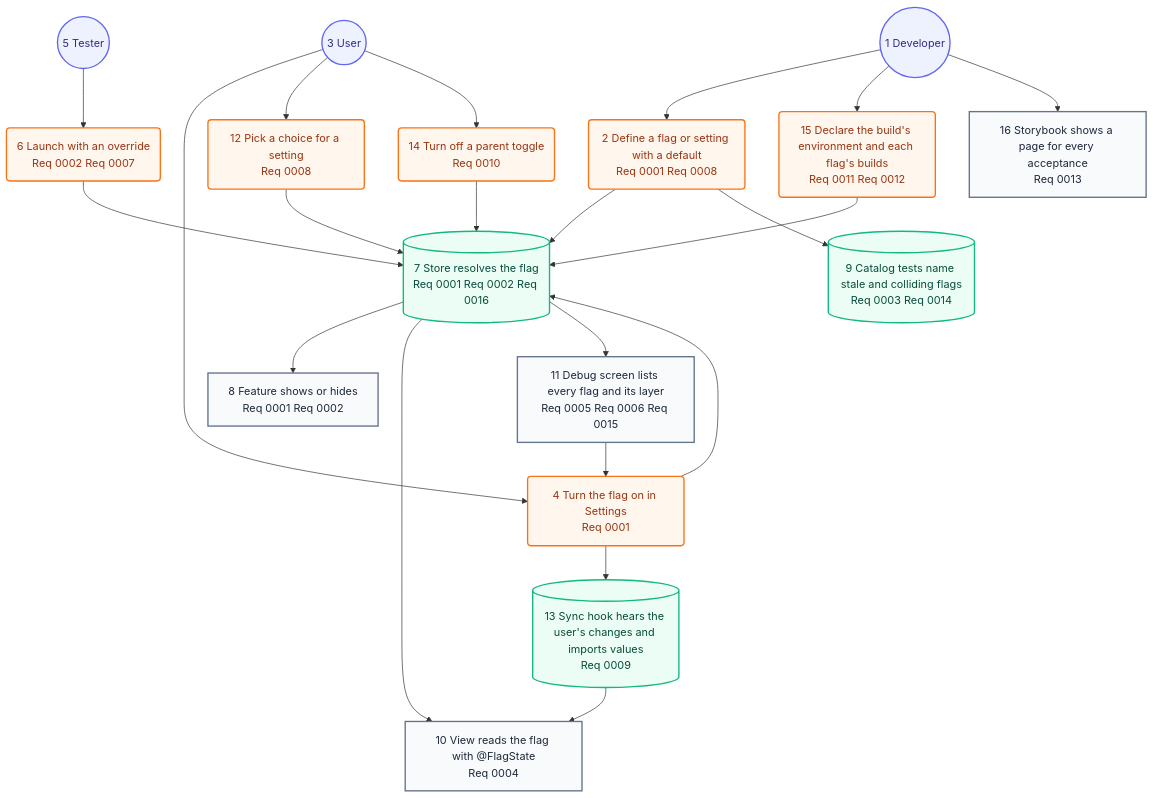
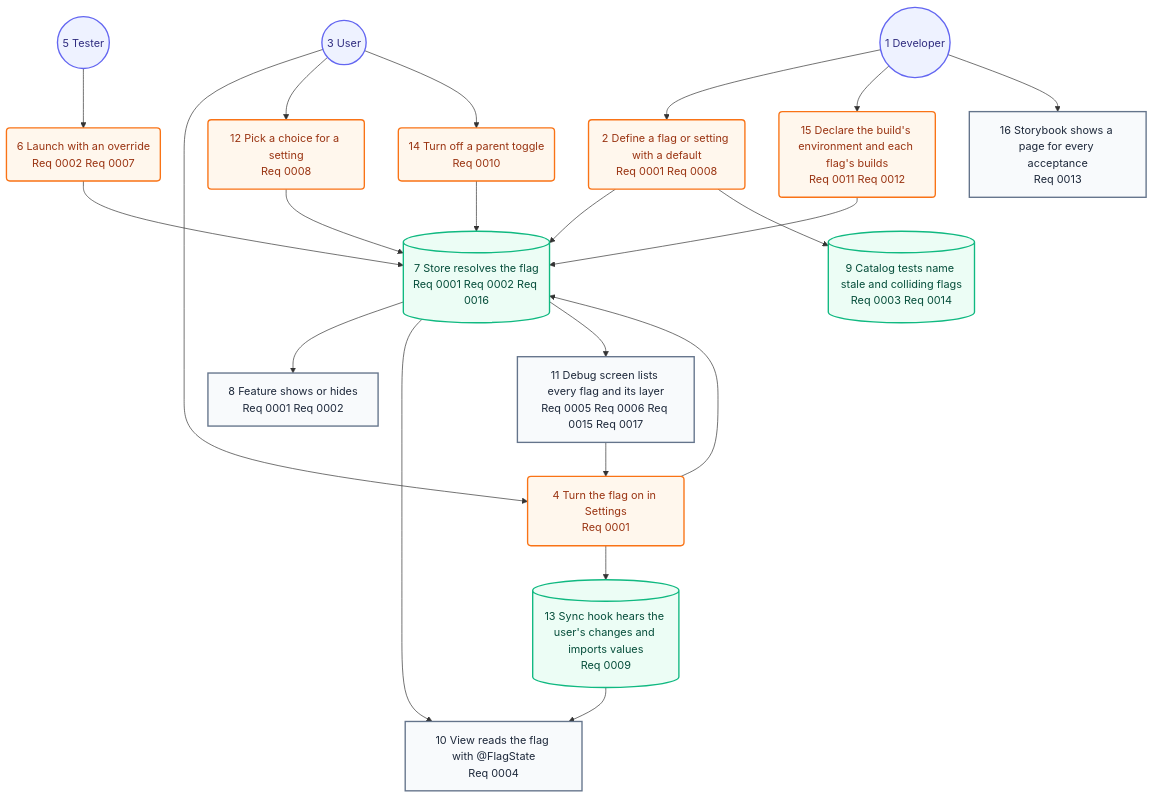
Before and after one commit to may-journal/feature-flag-kit: the second of 2 diagrams in docs/architecture/05-user-journey.md, drawn with Mermaid. The commit also changed other lines of this file and 8 other files, not shown here.

First line of the commit message:
feat(ui): copy the flags as launch arguments from the debug screen

````diff
--- a/docs/architecture/05-user-journey.md
+++ b/docs/architecture/05-user-journey.md
@@ -31,45 +31,45 @@
 ```mermaid
 flowchart TB
     developer((1 Developer)):::persona
     define(2 Define a flag or setting with a default<br/>Req 0001 Req 0008):::action
     user((3 User)):::persona
     toggle(4 Turn the flag on in Settings<br/>Req 0001):::action
     tester((5 Tester)):::persona
     launch(6 Launch with an override<br/>Req 0002 Req 0007):::action
     resolve[(7 Store resolves the flag<br/>Req 0001 Req 0002 Req 0016)]:::system
     feature[8 Feature shows or hides<br/>Req 0001 Req 0002]:::screen
     expiry[(9 Catalog tests name stale and colliding flags<br/>Req 0003 Req 0014)]:::system
     view[10 View reads the flag with @FlagState<br/>Req 0004]:::screen
-    debug[11 Debug screen lists every flag and its layer<br/>Req 0005 Req 0006 Req 0015]:::screen
+    debug[11 Debug screen lists every flag and its layer<br/>Req 0005 Req 0006 Req 0015 Req 0017]:::screen
     choose(12 Pick a choice for a setting<br/>Req 0008):::action
     sync[(13 Sync hook hears the user's changes and imports values<br/>Req 0009)]:::system
     group(14 Turn off a parent toggle<br/>Req 0010):::action
     environment(15 Declare the build's environment and each flag's builds<br/>Req 0011 Req 0012):::action
     storybook[16 Storybook shows a page for every acceptance<br/>Req 0013]:::screen
 
     developer --> define
     user --> toggle
     tester --> launch
     define --> resolve
     toggle --> resolve
     launch --> resolve
     resolve --> feature
     define --> expiry
     resolve --> view
     resolve --> debug
     debug --> toggle
     user --> choose
     choose --> resolve
     toggle --> sync
     sync --> view
     user --> group
     group --> resolve
     developer --> environment
     environment --> resolve
     developer --> storybook
 
     classDef persona fill:#eef2ff,stroke:#6366f1,color:#312e81,stroke-width:2px
     classDef screen fill:#f8fafc,stroke:#64748b,color:#1e293b,stroke-width:2px
     classDef action fill:#fff7ed,stroke:#f97316,color:#9a3412,stroke-width:2px
     classDef system fill:#ecfdf5,stroke:#10b981,color:#064e3b,stroke-width:2px
 ```
````
